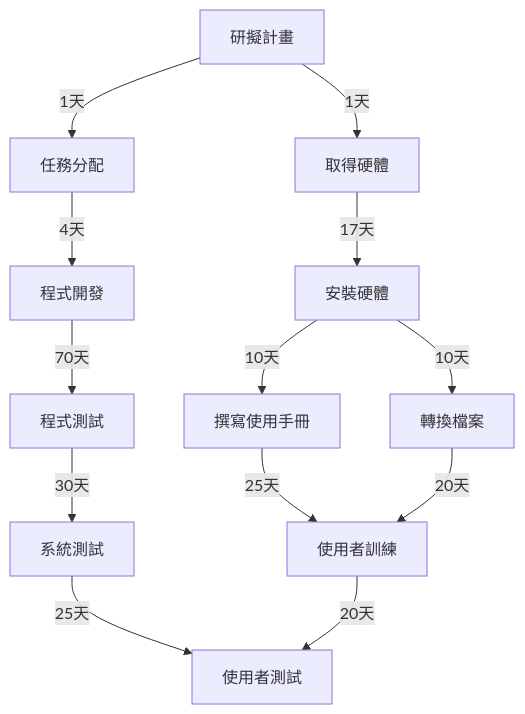
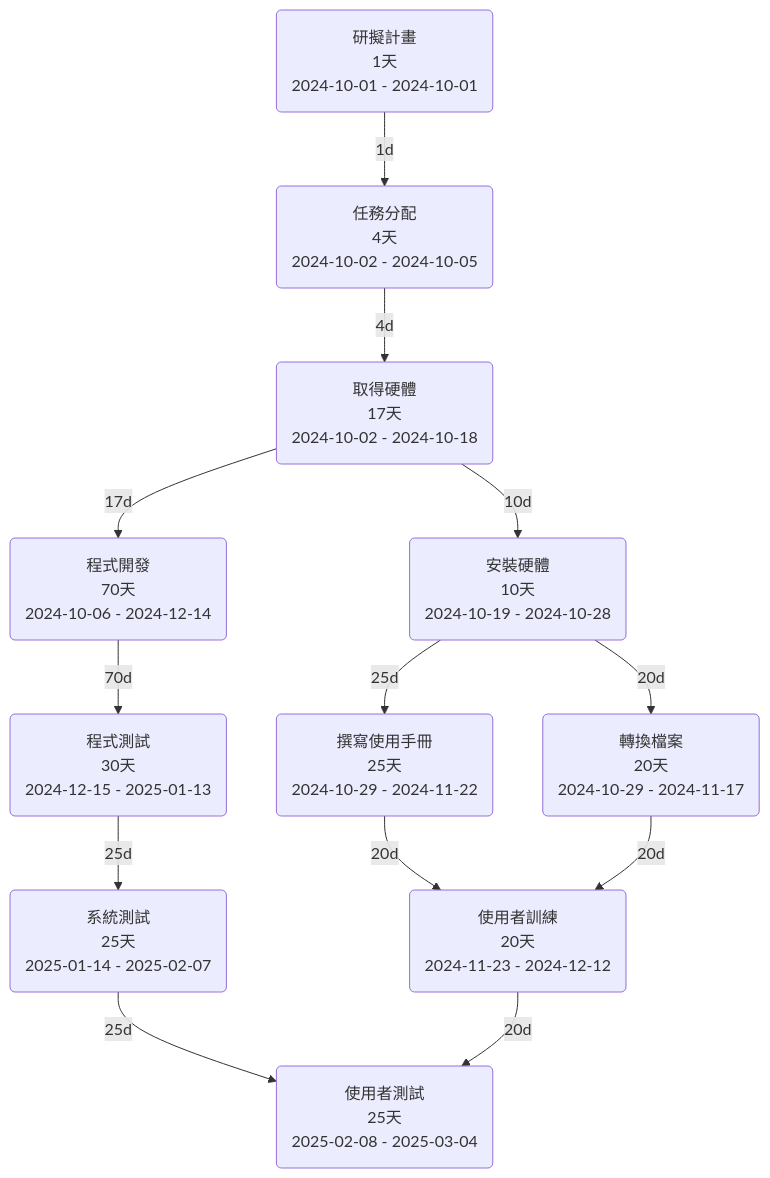
Before and after one commit to JohnnyFu987/hw2: the second of 3 diagrams in README.md, drawn with Mermaid.

````diff
--- a/README.md
+++ b/README.md
@@ -31,15 +31,16 @@
 ```mermaid
-flowchart TD
-    A[研擬計畫] -->|1天| B[任務分配]
-    A -->|1天| C[取得硬體]
-    B -->|4天| D[程式開發]
-    C -->|17天| E[安裝硬體]
-    D -->|70天| F[程式測試]
-    E -->|10天| G[撰寫使用手冊]
-    E -->|10天| H[轉換檔案]
-    F -->|30天| I[系統測試]
-    G -->|25天| J[使用者訓練]
-    H -->|20天| J[使用者訓練]
-    I -->|25天| K[使用者測試]
-    J -->|20天| K[使用者測試]
+graph TD;
+    A(研擬計畫<br/> 1天<br/> 2024-10-01 - 2024-10-01) -->|1d| B(任務分配<br/> 4天<br/> 2024-10-02 - 2024-10-05);
+    B -->|4d| C(取得硬體<br/> 17天<br/> 2024-10-02 - 2024-10-18);
+    C -->|17d| D(程式開發<br/> 70天<br/> 2024-10-06 - 2024-12-14);
+    D -->|70d| E(程式測試<br/> 30天<br/> 2024-12-15 - 2025-01-13);
+    C -->|10d| F(安裝硬體<br/> 10天<br/> 2024-10-19 - 2024-10-28);
+    F -->|20d| G(轉換檔案<br/> 20天<br/> 2024-10-29 - 2024-11-17);
+    F -->|25d| H(撰寫使用手冊<br/> 25天<br/> 2024-10-29 - 2024-11-22);
+    E -->|25d| I(系統測試<br/> 25天<br/> 2025-01-14 - 2025-02-07);
+    H -->|20d| J(使用者訓練<br/> 20天<br/> 2024-11-23 - 2024-12-12);
+    G -->|20d| J;
+    I -->|25d| K(使用者測試<br/> 25天<br/> 2025-02-08 - 2025-03-04);
+    J -->|20d| K;
+
 ```
````
